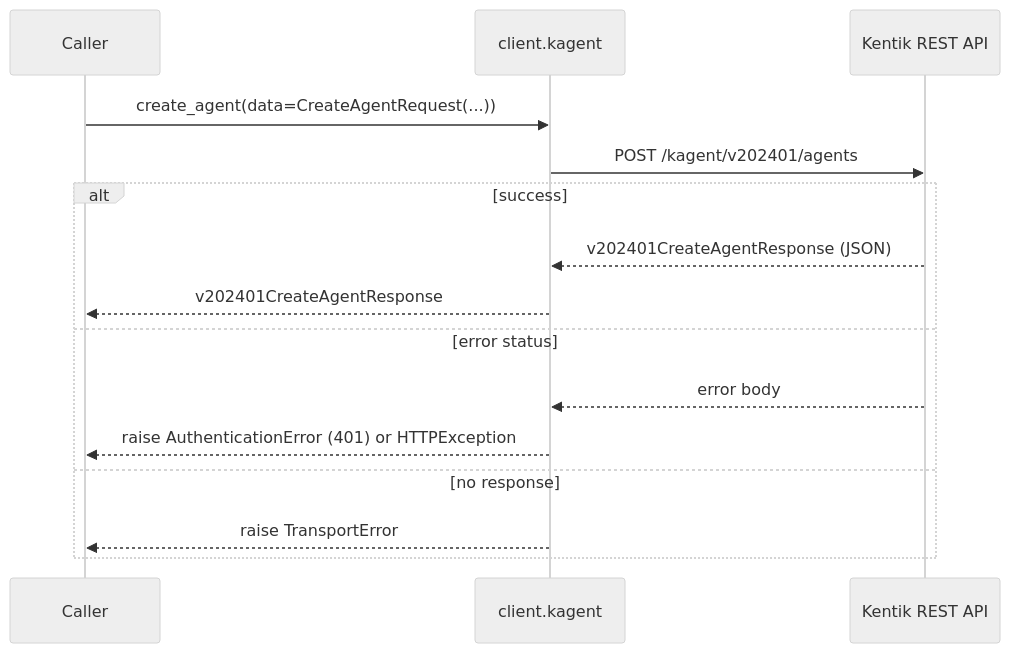
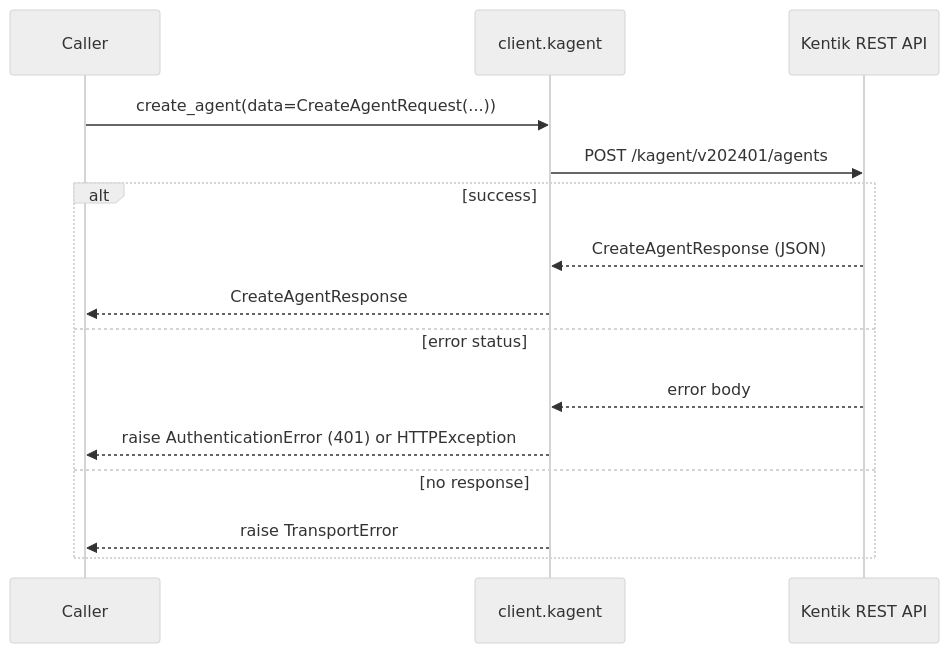
Before and after one commit to alexdearaujo/community_sdk_python: the fourth of 58 diagrams in docs/sphinx/services/kagent.md, drawn with Mermaid (neutral theme). The commit also changed other lines of this file and 38 other files, not shown here.

````diff
--- a/docs/sphinx/services/kagent.md
+++ b/docs/sphinx/services/kagent.md
@@ -117,18 +117,18 @@
 ```mermaid
 sequenceDiagram
     participant C as Caller
     participant W as client.kagent
     participant API as Kentik REST API
 
     C->>W: create_agent(data=CreateAgentRequest(...))
     W->>API: POST /kagent/v202401/agents
     alt success
-        API-->>W: v202401CreateAgentResponse (JSON)
-        W-->>C: v202401CreateAgentResponse
+        API-->>W: CreateAgentResponse (JSON)
+        W-->>C: CreateAgentResponse
     else error status
         API-->>W: error body
         W-->>C: raise AuthenticationError (401) or HTTPException
     else no response
         W-->>C: raise TransportError
     end
 ```
````
